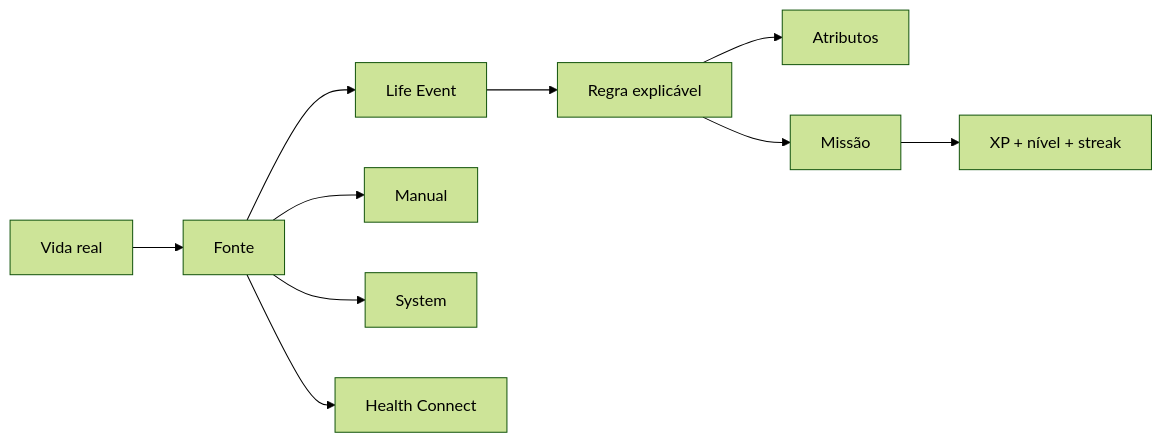
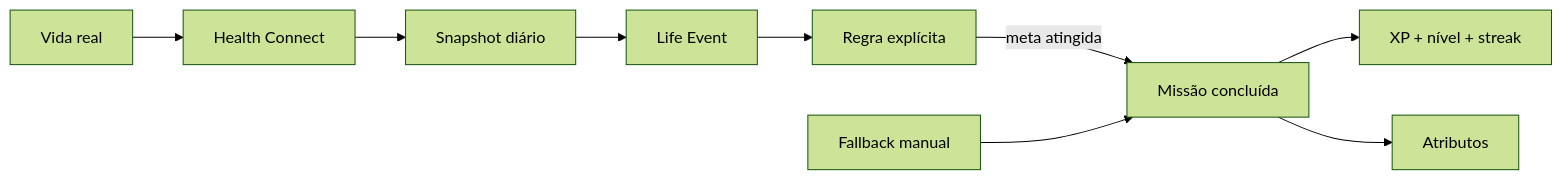
One commit to tombemol/I.C.A.R.O changed the first of 2 diagrams in README.md. Above: the diagram before and after it, drawn with Mermaid (forest theme). The commit also changed other lines of this file and 9 other files, not shown here.

````diff
--- a/README.md
+++ b/README.md
@@ -25,13 +29,12 @@
 ```mermaid
 flowchart LR
-  REAL[Vida real] --> SOURCE[Fonte]
-  SOURCE --> EVENT[Life Event]
-  EVENT --> RULE[Regra explicável]
-  RULE --> ATTR[Atributos]
-  RULE --> QUEST[Missão]
+  REAL[Vida real] --> HC[Health Connect]
+  HC --> SNAP[Snapshot diário]
+  SNAP --> EVENT[Life Event]
+  EVENT --> RULE[Regra explícita]
+  RULE -->|meta atingida| QUEST[Missão concluída]
   QUEST --> XP[XP + nível + streak]
+  QUEST --> ATTR[Atributos]
 
-  SOURCE --> MANUAL[Manual]
-  SOURCE --> SYSTEM[System]
-  SOURCE --> HC[Health Connect]
+  MANUAL[Fallback manual] --> QUEST
 ```
````
